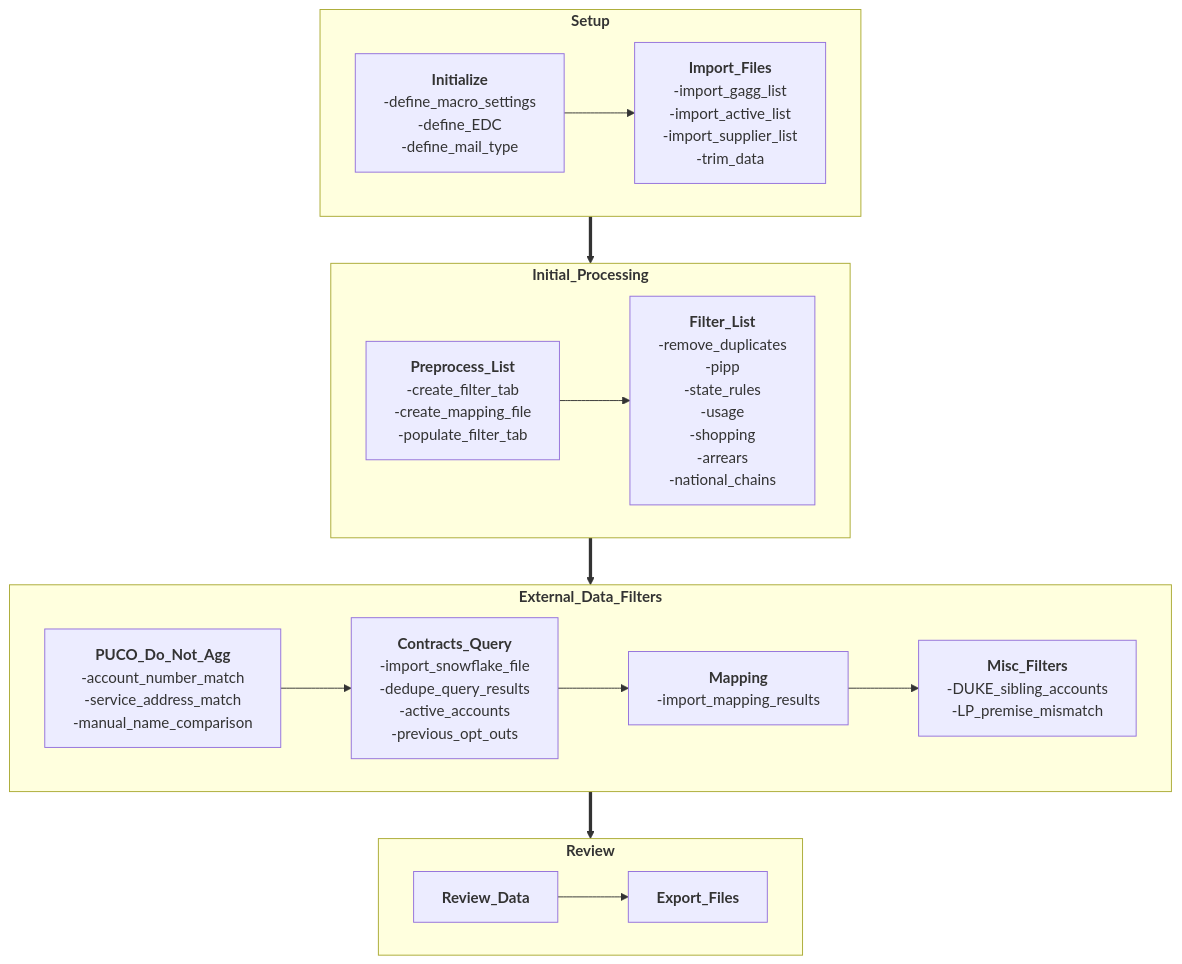
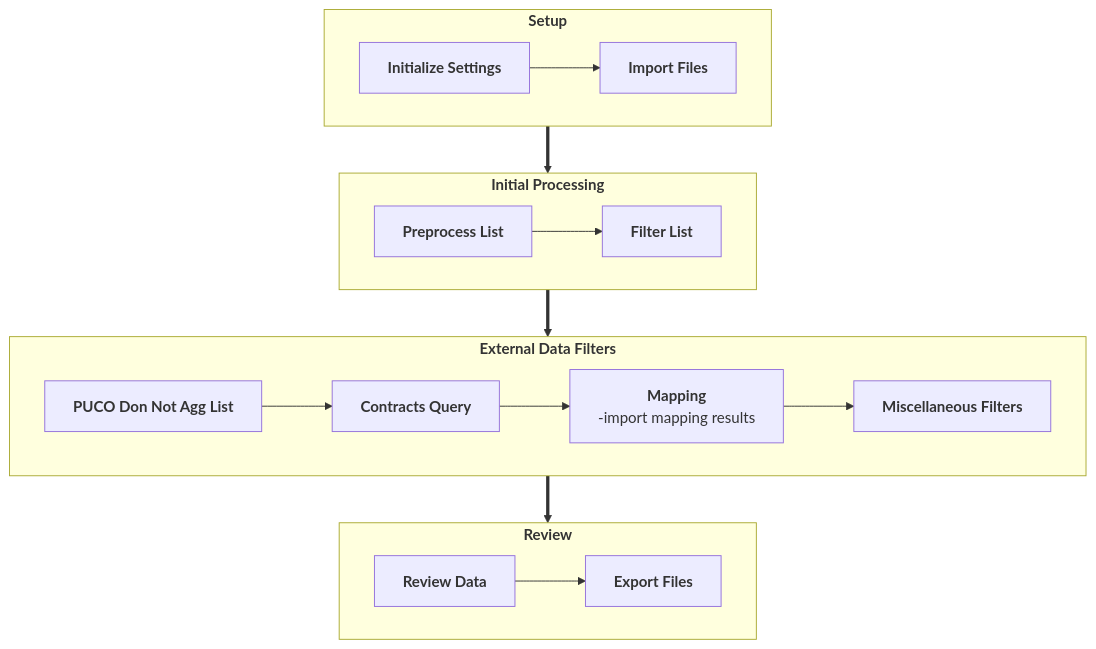
Before and after one commit to vistra-muniagg/List-Management-Tool: the first of 3 diagrams in DIAGRAMS.md, drawn with Mermaid.

Commit message:
Update diagram labels for clarity and consistency

````diff
--- a/DIAGRAMS.md
+++ b/DIAGRAMS.md
@@ -9,53 +9,53 @@
 ```mermaid
 
 %%{init: {
   "theme": "base",
   "themeVariables": {
     "fontSize": "12px",
     "fontFamily": "Segoe UI",
     "primaryColor": "#eef6ff",          %% node fill
     "primaryBorderColor": "#1e40af",    %% node border
     "primaryTextColor": "#0f172a",      %% node text
     "lineColor": "#1e40af"
   }
 }}%%
 
 flowchart TB
 
 classDef classNode fill:#eef6ff,stroke:#1e40af,stroke-width:2px,font-size:12px
 
 %% Nodes
 Initialize["<b>Initialize</b><br>-define_macro_settings<br>-define_EDC<br>-define_mail_type<br>"]
 Import_Files["<b>Import_Files</b><br>-import_gagg_list<br>-import_active_list<br>-import_supplier_list<br>-trim_data"]
 Preprocess_List["<b>Preprocess_List</b><br>-create_filter_tab<br>-create_mapping_file<br>-populate_filter_tab"]
 Filter_List["<b>Filter_List</b><br>-remove_duplicates<br>-pipp<br>-state_rules<br>-usage<br>-shopping<br>-arrears<br>-national_chains"]
 PUCO_Do_Not_Agg["<b>PUCO_Do_Not_Agg</b><br>-account_number_match<br>-service_address_match<br>-manual_name_comparison"]
 Contracts_Query["<b>Contracts_Query</b><br>-import_snowflake_file<br>-dedupe_query_results<br>-active_accounts<br>-previous_opt_outs"]
-Mapping["<b>Mapping</b><br>-import_mapping_results"]
-Misc_Filters["<b>Misc_Filters</b><br>-DUKE_sibling_accounts<br>-LP_premise_mismatch"]
-Review_Data["<b>Review_Data</b>"]
-Export_Files["<b>Export_Files</b>"]
+Mapping["<b>Mapping</b><br>-import mapping results"]
+Misc_Filters["<b>Miscellaneous Filters</b><br>-DUKE sibling accounts<br>-LP Premise Mismatch"]
+Review_Data["<b>Review Data</b>"]
+Export_Files["<b>Export Files</b>"]
 
 subgraph Setup["<b>Setup</b>"]
 direction LR
-    Initialize --> Import_Files
+    Initialize["<b>Initialize Settings</b>"] --> Import_Files["<b>Import Files</b>"]
 end
 
-subgraph Initial_Processing["<b>Initial_Processing</b>"]
+subgraph Initial_Processing["<b>Initial Processing</b>"]
 direction LR
-    Preprocess_List --> Filter_List
+    Preprocess_List["<b>Preprocess List</b>"] --> Filter_List["<b>Filter List</b>"]
 end
 
-subgraph External_Data_Filters["<b>External_Data_Filters</b>"]
+subgraph External_Data_Filters["<b>External Data Filters</b>"]
 direction LR
-    PUCO_Do_Not_Agg --> Contracts_Query --> Mapping --> Misc_Filters
+    PUCO_Do_Not_Agg["<b>PUCO Don Not Agg List</b>"] --> Contracts_Query["<b>Contracts Query</b>"] --> Mapping --> Misc_Filters["<b>Miscellaneous Filters</b>"]
 end
 
 subgraph Review["<b>Review</b>"]
 direction LR
-    Review_Data --> Export_Files
+    Review_Data["<b>Review Data</b>"] --> Export_Files["<b>Export Files</b>"]
 end
 
-Setup ==> Initial_Processing ==> External_Data_Filters ==> Review
+Setup ==> Initial_Processing["<b>Initial Processing</b>"] ==> External_Data_Filters["<b>External Data Filters</b>"] ==> Review
 
 ```
````
